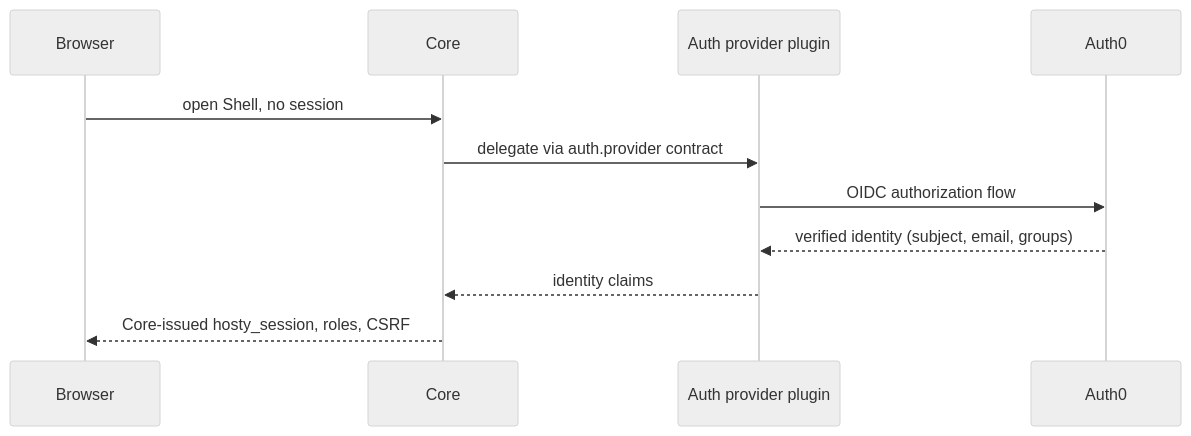
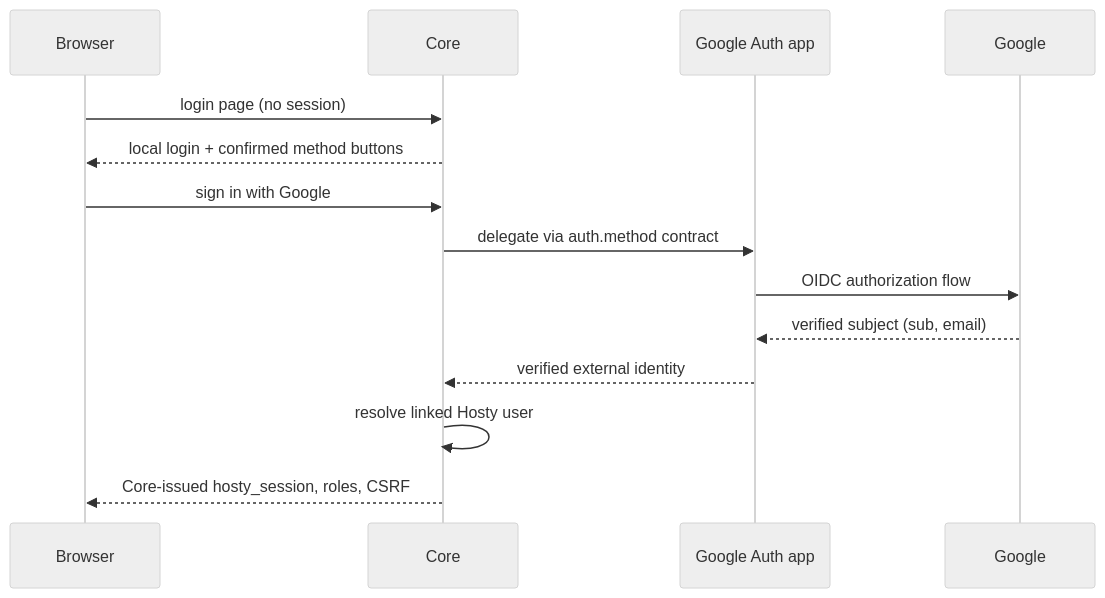
Before and after one commit to alex-de-haas/docker-host: the third of 3 diagrams in docs/ideas/core-extension-model.md, drawn with Mermaid (neutral theme). The commit also changed other lines of this file and 2 other files, not shown here.

First line of the commit message:
docs: revise core extension model with interaction forms and login methods

````diff
--- a/docs/ideas/core-extension-model.md
+++ b/docs/ideas/core-extension-model.md
@@ -101,13 +130,16 @@
 ```mermaid
 sequenceDiagram
   participant B as Browser
   participant C as Core
-  participant P as Auth provider plugin
-  participant X as Auth0
-  B->>C: open Shell, no session
-  C->>P: delegate via auth.provider contract
+  participant P as Google Auth app
+  participant X as Google
+  B->>C: login page (no session)
+  C-->>B: local login + confirmed method buttons
+  B->>C: sign in with Google
+  C->>P: delegate via auth.method contract
   P->>X: OIDC authorization flow
-  X-->>P: verified identity (subject, email, groups)
-  P-->>C: identity claims
+  X-->>P: verified subject (sub, email)
+  P-->>C: verified external identity
+  C->>C: resolve linked Hosty user
   C-->>B: Core-issued hosty_session, roles, CSRF
 ```
````
